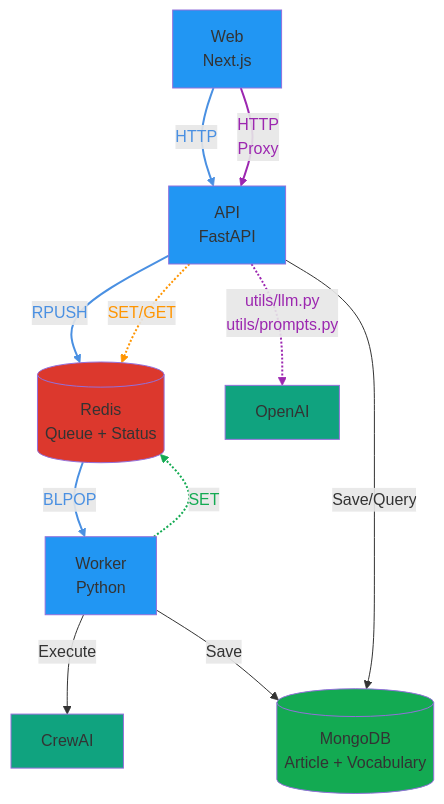
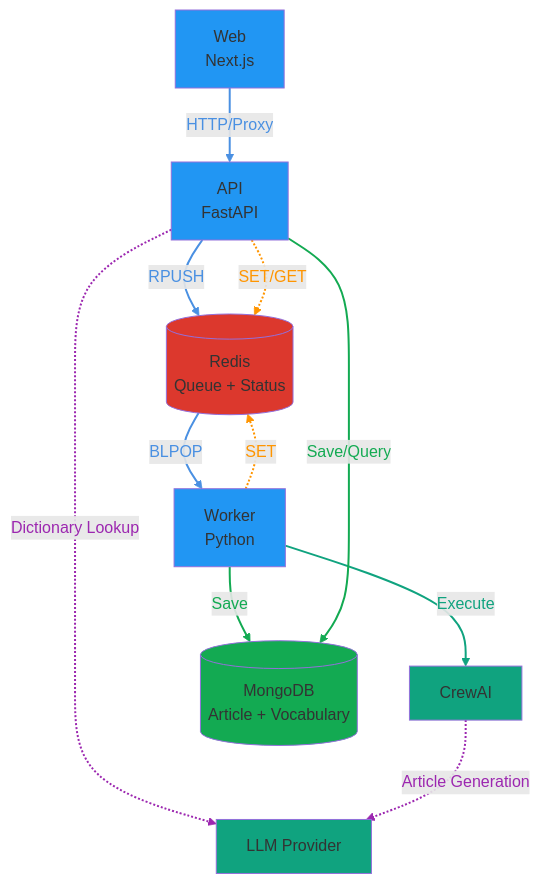
One commit to seung-gu/opad changed the first of 6 diagrams in docs/ARCHITECTURE.md. Above: the diagram before and after it, drawn with Mermaid. The commit also changed other lines of this file and 12 other files, not shown here.

````diff
--- a/docs/ARCHITECTURE.md
+++ b/docs/ARCHITECTURE.md
@@ -7,32 +7,35 @@
 ```mermaid
 graph TB
-    Web[Web<br/>Next.js] -->|HTTP| API[API<br/>FastAPI]
+    Web[Web<br/>Next.js] -->|HTTP/Proxy| API[API<br/>FastAPI]
     API -->|RPUSH| Redis[(Redis<br/>Queue + Status)]
     Redis -->|BLPOP| Worker[Worker<br/>Python]
     Worker -->|Execute| CrewAI[CrewAI]
     Worker -->|Save| MongoDB[(MongoDB<br/>Article + Vocabulary)]
-    
+
     API -.->|SET/GET| Redis
     Worker -.->|SET| Redis
-    
-    API -.->|utils/llm.py<br/>utils/prompts.py| OpenAI
-    
-    Web -->|HTTP<br/>Proxy| API
+
+    API -.->|Dictionary Lookup| LLM[LLM Provider]
+    CrewAI -.->|Article Generation| LLM
+
     API -->|Save/Query| MongoDB
-    
+
     style Web fill:#2196F3
     style API fill:#2196F3
     style Worker fill:#2196F3
     style CrewAI fill:#10a37f
     style Redis fill:#dc382d
     style MongoDB fill:#13aa52
-    style OpenAI fill:#10a37f
-    
+    style LLM fill:#10a37f
+
     linkStyle 0 stroke:#4a90e2,stroke-width:2px,color:#4a90e2
     linkStyle 1 stroke:#4a90e2,stroke-width:2px,color:#4a90e2
     linkStyle 2 stroke:#4a90e2,stroke-width:2px,color:#4a90e2
+    linkStyle 3 stroke:#10a37f,stroke-width:2px,color:#10a37f
+    linkStyle 4 stroke:#13aa52,stroke-width:2px,color:#13aa52
     linkStyle 5 stroke:#ff9500,stroke-width:2px,color:#ff9500
-    linkStyle 6 stroke:#13aa52,stroke-width:2px,color:#13aa52
+    linkStyle 6 stroke:#ff9500,stroke-width:2px,color:#ff9500
     linkStyle 7 stroke:#9c27b0,stroke-width:2px,color:#9c27b0
     linkStyle 8 stroke:#9c27b0,stroke-width:2px,color:#9c27b0
+    linkStyle 9 stroke:#13aa52,stroke-width:2px,color:#13aa52
 ```
````
